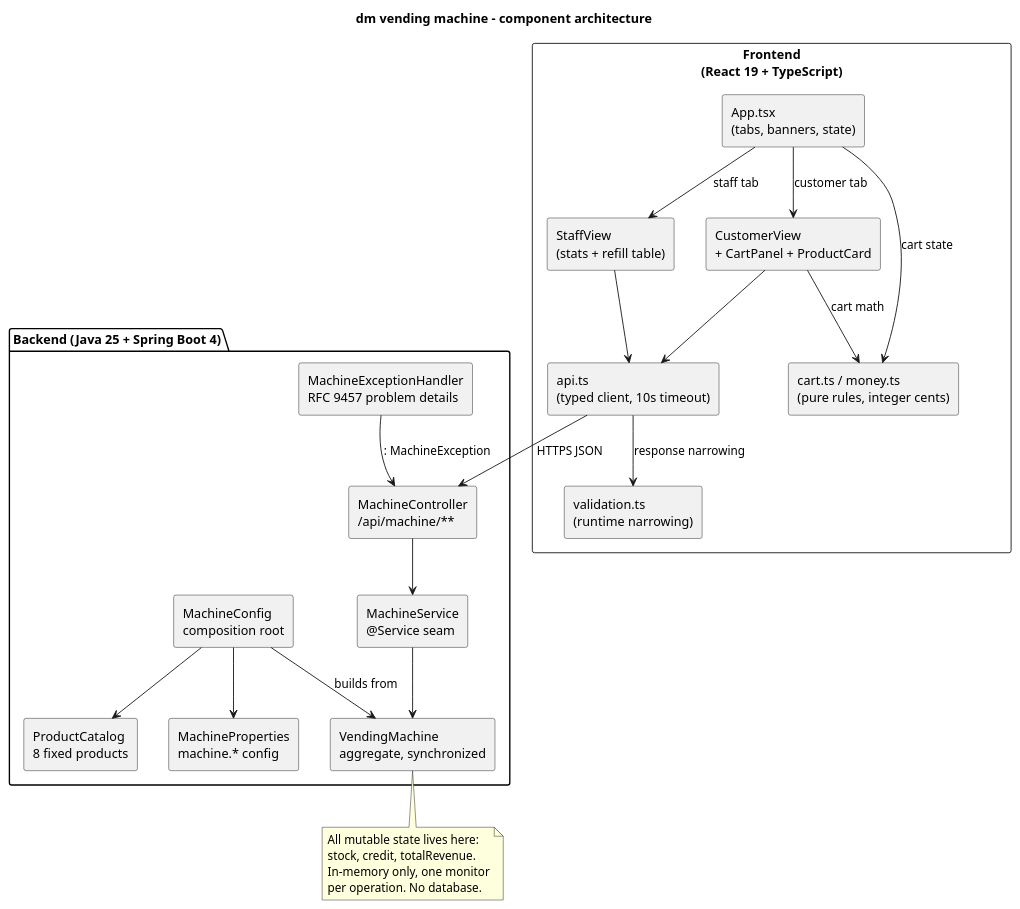
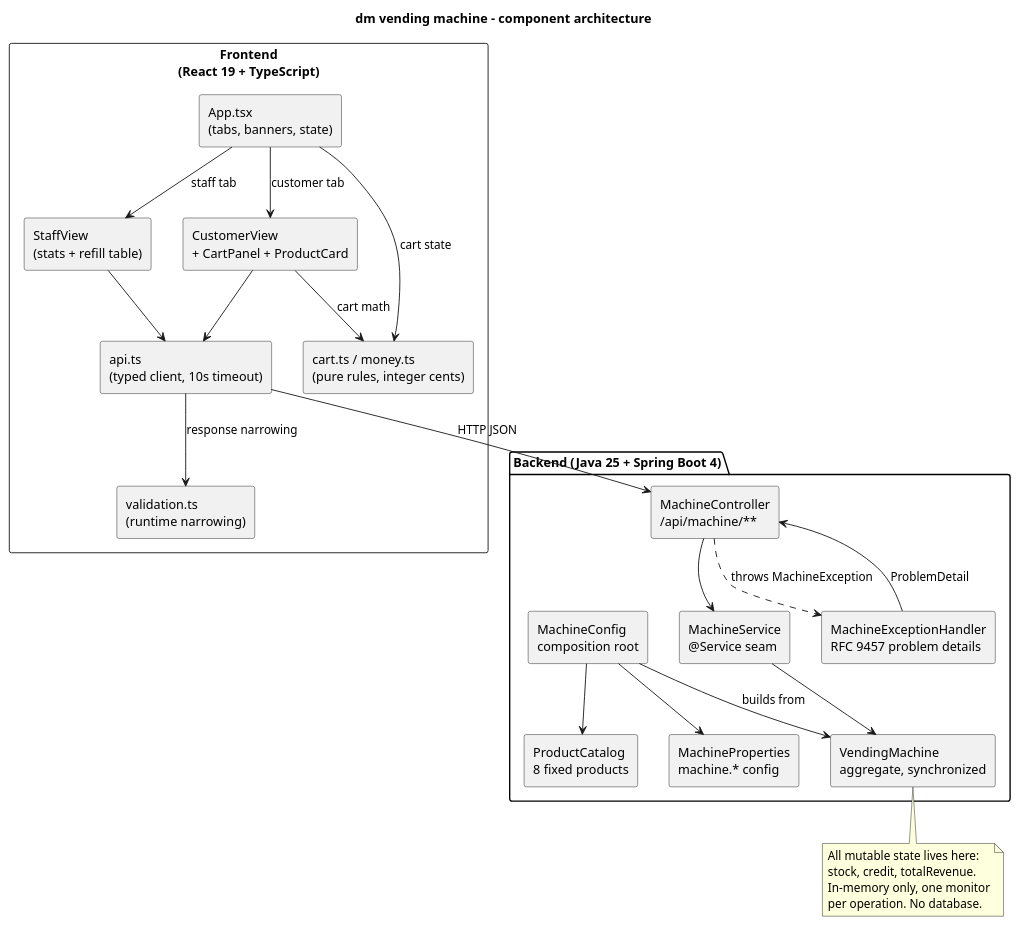
One commit to mstaszew-dev/vending-machine changed the diagram in docs/architecture.puml. Above: the diagram before and after it, drawn with PlantUML. The commit also changed 8 other files, not shown here.

```diff
--- a/docs/architecture.puml
+++ b/docs/architecture.puml
@@ -1,48 +1,49 @@
 @startuml architecture
 title dm vending machine - component architecture
 
 skinparam componentStyle rectangle
 
 component "Frontend\n(React 19 + TypeScript)" as frontend {
   component "App.tsx\n(tabs, banners, state)" as app
   component "CustomerView\n+ CartPanel + ProductCard" as customer
   component "StaffView\n(stats + refill table)" as staff
   component "api.ts\n(typed client, 10s timeout)" as apiClient
   component "validation.ts\n(runtime narrowing)" as validation
   component "cart.ts / money.ts\n(pure rules, integer cents)" as pure
 }
 
 package "Backend (Java 25 + Spring Boot 4)" {
   component "MachineController\n/api/machine/**" as controller
   component "MachineExceptionHandler\nRFC 9457 problem details" as handler
   component "MachineService\n@Service seam" as service
   component "VendingMachine\naggregate, synchronized" as machine
   component "MachineConfig\ncomposition root" as config
   component "ProductCatalog\n8 fixed products" as catalog
   component "MachineProperties\nmachine.* config" as props
 }
 
 app --> customer : customer tab
 app --> staff : staff tab
 customer --> apiClient
 staff --> apiClient
 apiClient --> validation : response narrowing
 customer --> pure : cart math
 app --> pure : cart state
 
-apiClient --> controller : HTTPS JSON
+apiClient --> controller : HTTP JSON
 
 controller --> service
 service --> machine
-handler --> controller : : MachineException
+controller ..> handler : throws MachineException
+handler --> controller : ProblemDetail
 config --> machine : builds from
 config --> catalog
 config --> props
 
 note bottom of machine
   All mutable state lives here:
   stock, credit, totalRevenue.
   In-memory only, one monitor
   per operation. No database.
 end note
 @enduml
```
